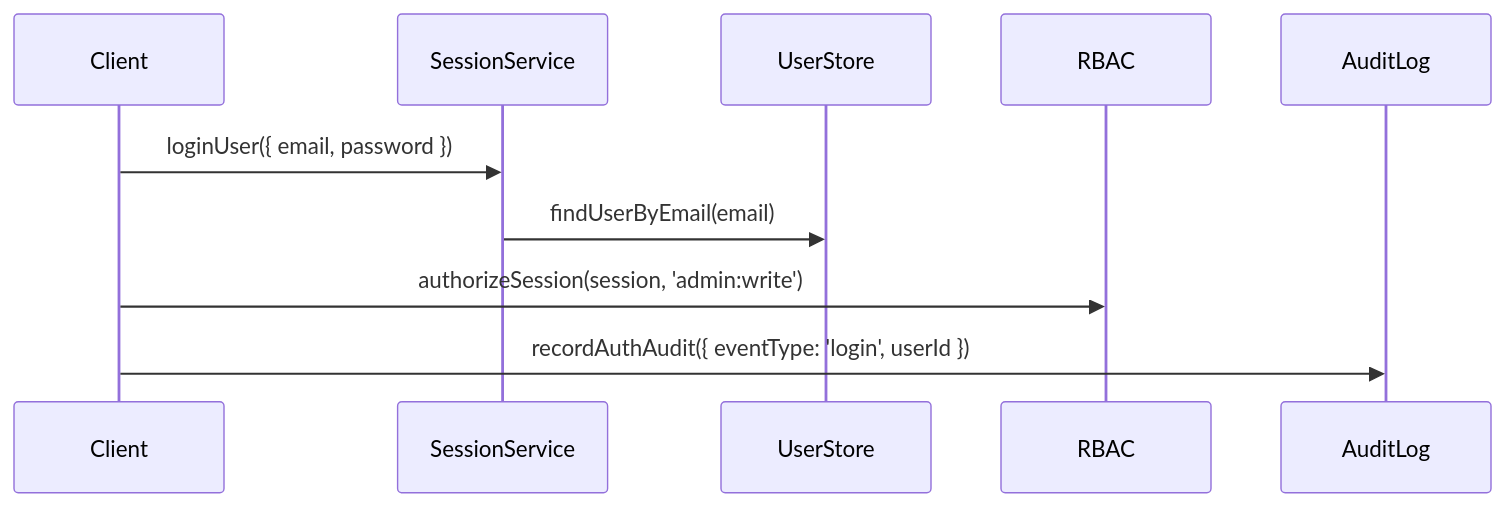
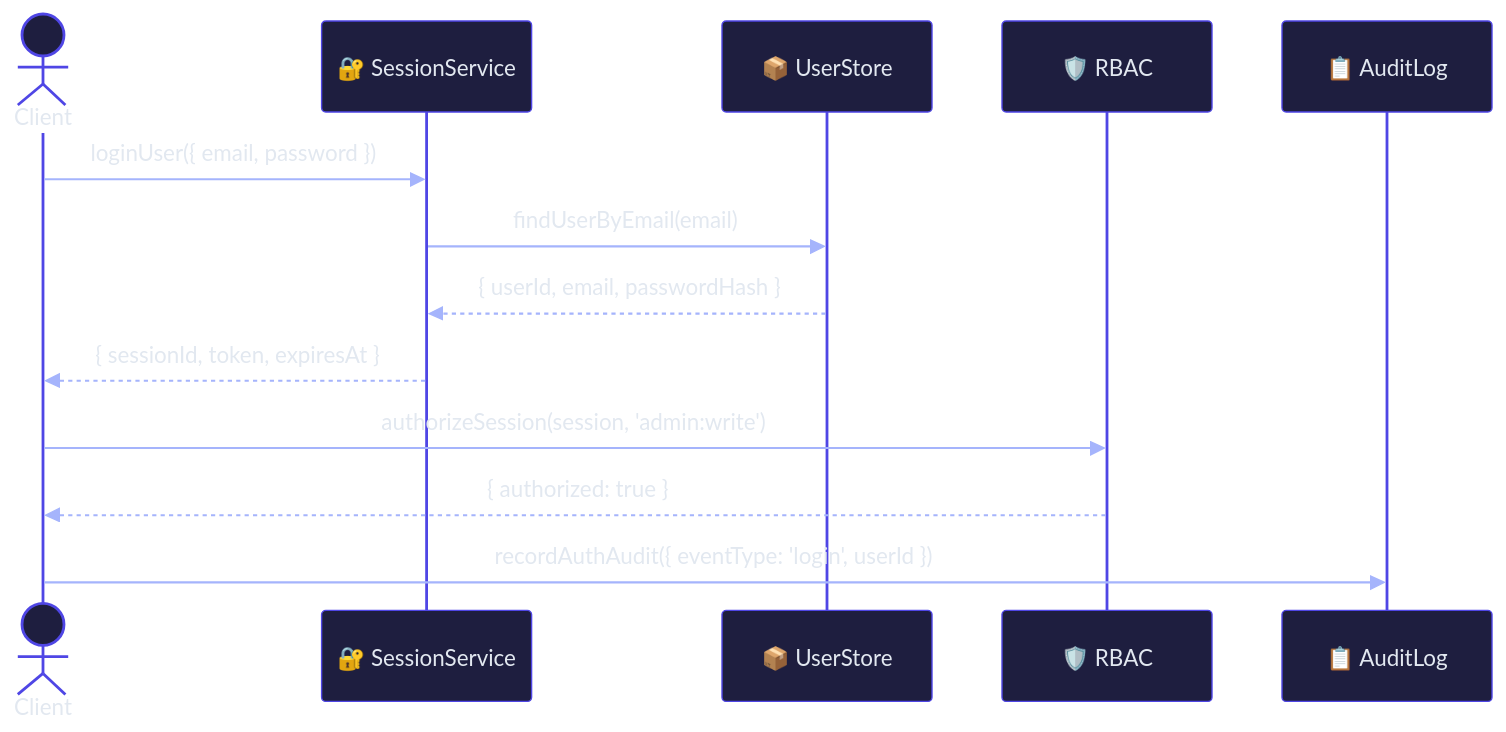
Before and after one commit to mir-makeitreal/makeitreal: the second of 3 diagrams in README.md, drawn with Mermaid. The commit also changed other lines of this file, not shown here.

Commit message:
docs: dark themed Mermaid diagrams with emoji + return values

````diff
--- a/README.md
+++ b/README.md
@@ -111,12 +112,16 @@
 ```mermaid
+%%{init: {'theme': 'base', 'themeVariables': {'primaryColor': '#1a1a2e', 'primaryTextColor': '#e2e8f0', 'primaryBorderColor': '#4f46e5', 'lineColor': '#6366f1', 'secondaryColor': '#16213e', 'actorBkg': '#1e1e3f', 'actorTextColor': '#e2e8f0', 'actorBorderColor': '#4f46e5', 'signalColor': '#a5b4fc', 'signalTextColor': '#e2e8f0', 'labelBoxBkgColor': '#1e1e3f', 'labelBoxBorderColor': '#4f46e5', 'labelTextColor': '#a5b4fc', 'loopTextColor': '#e2e8f0', 'noteBkgColor': '#0f3460', 'noteTextColor': '#e2e8f0', 'fontFamily': 'ui-monospace, monospace'}}}%%
 sequenceDiagram
-  participant Client
-  participant SessionService
-  participant UserStore
-  participant RBAC
-  participant AuditLog
-  Client->>SessionService: loginUser({ email, password })
-  SessionService->>UserStore: findUserByEmail(email)
-  Client->>RBAC: authorizeSession(session, 'admin:write')
-  Client->>AuditLog: recordAuthAudit({ eventType: 'login', userId })
+  actor Client
+  participant SS as 🔐 SessionService
+  participant US as 📦 UserStore
+  participant RB as 🛡️ RBAC
+  participant AL as 📋 AuditLog
+  Client->>SS: loginUser({ email, password })
+  SS->>US: findUserByEmail(email)
+  US-->>SS: { userId, email, passwordHash }
+  SS-->>Client: { sessionId, token, expiresAt }
+  Client->>RB: authorizeSession(session, 'admin:write')
+  RB-->>Client: { authorized: true }
+  Client->>AL: recordAuthAudit({ eventType: 'login', userId })
 ```
````
